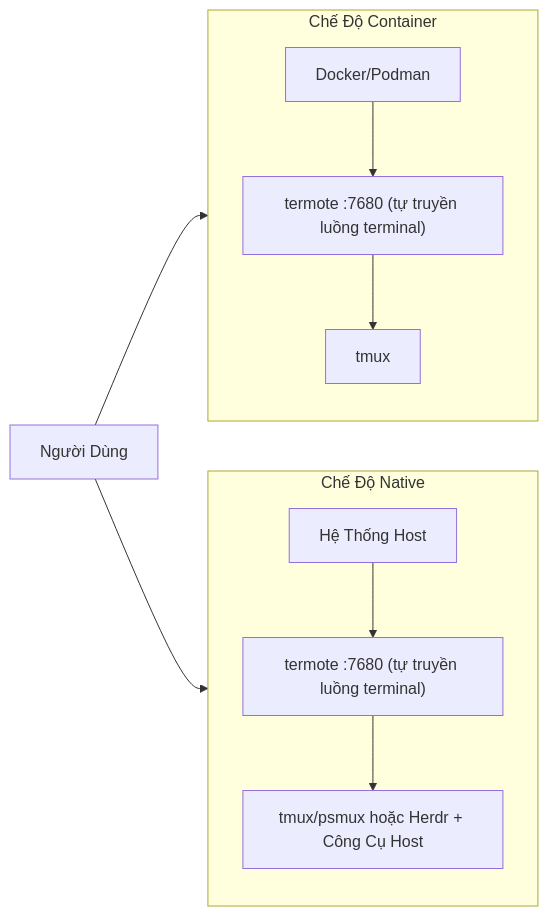
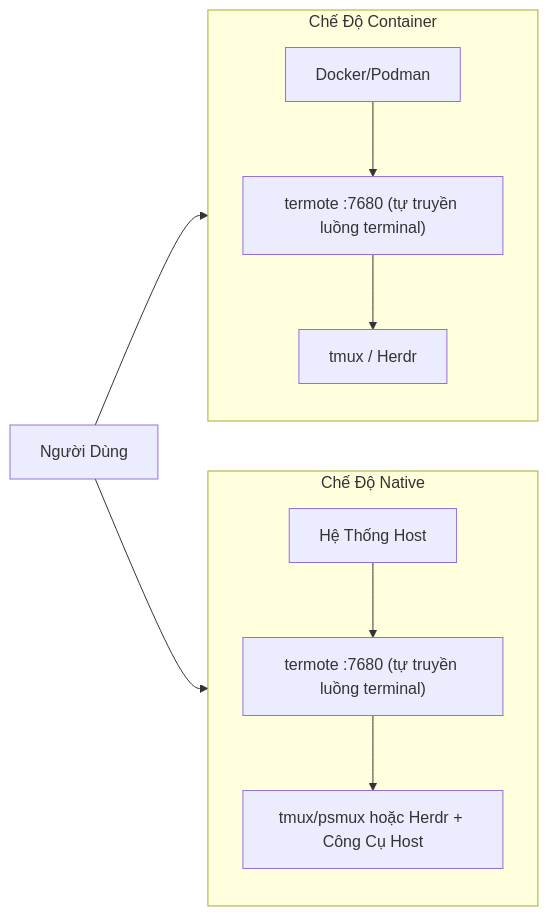
The second of 2 diagrams in README.vi.md (lamngockhuong/termote), drawn with Mermaid before and after one commit. The commit also changed other lines of this file and 36 other files, not shown here.

````diff
--- a/README.vi.md
+++ b/README.vi.md
@@ -217,14 +217,14 @@
 ```mermaid
 flowchart LR
     subgraph Container["Chế Độ Container"]
         direction TB
-        C1["Docker/Podman"] --> C2["termote :7680 (tự truyền luồng terminal)"] --> C3["tmux"]
+        C1["Docker/Podman"] --> C2["termote :7680 (tự truyền luồng terminal)"] --> C3["tmux / Herdr"]
     end
 
     subgraph Native["Chế Độ Native"]
         direction TB
         N1["Hệ Thống Host"] --> N2["termote :7680 (tự truyền luồng terminal)"] --> N3["tmux/psmux hoặc Herdr + Công Cụ Host"]
     end
 
     User["Người Dùng"] --> Container & Native
 ```
````
